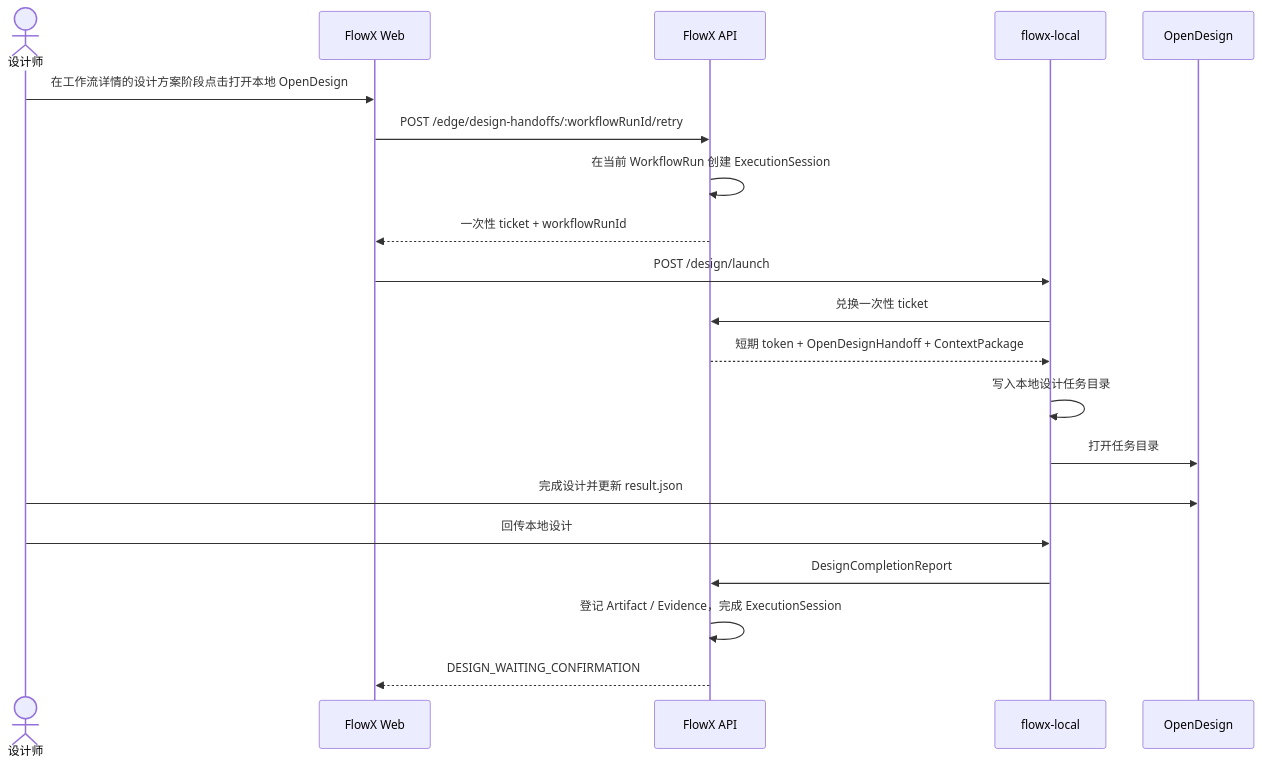
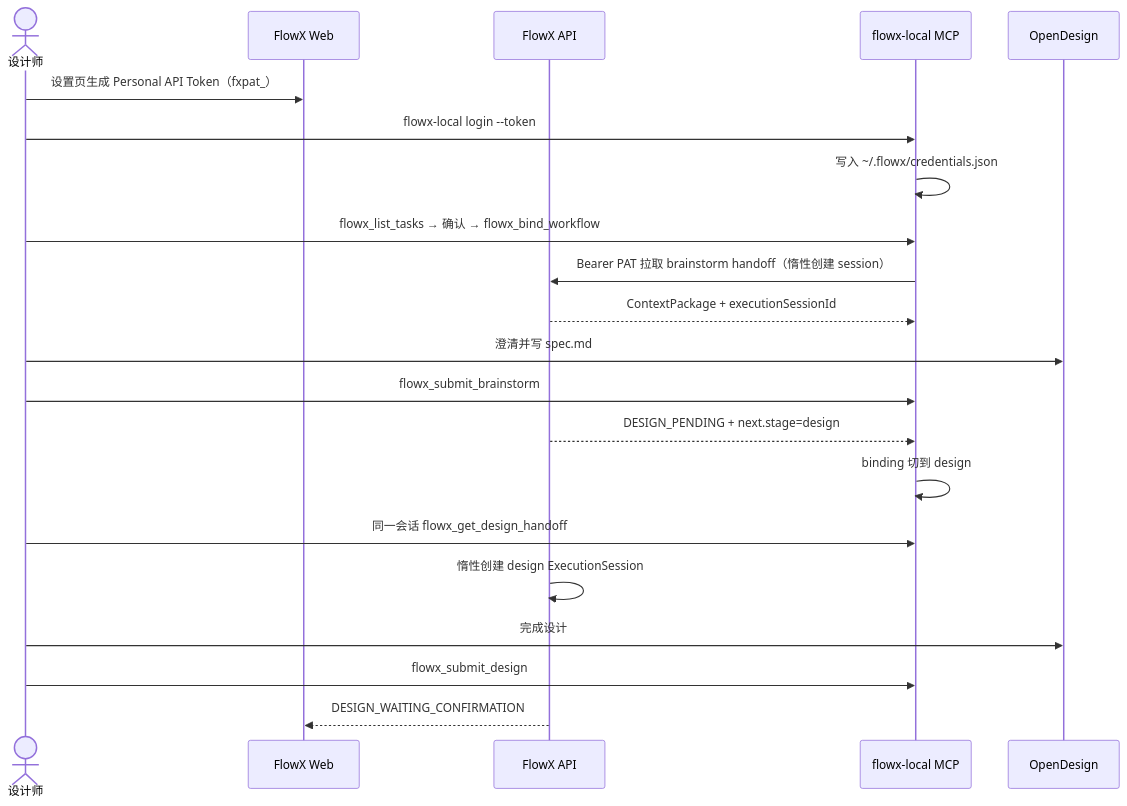
The diagram in docs/opendesign-design-stage.md (ChalkleyZhou/FlowX), drawn with Mermaid before and after one commit. The commit also changed other lines of this file and 5 other files, not shown here.

Commit message:
docs: document personal API token OpenDesign golden path

````diff
--- a/docs/opendesign-design-stage.md
+++ b/docs/opendesign-design-stage.md
@@ -15,23 +42,24 @@
 ```mermaid
 sequenceDiagram
     actor Designer as 设计师
     participant Web as FlowX Web
     participant API as FlowX API
-    participant Local as flowx-local
+    participant Local as flowx-local MCP
     participant OD as OpenDesign
 
-    Designer->>Web: 在工作流详情的设计方案阶段点击打开本地 OpenDesign
-    Web->>API: POST /edge/design-handoffs/:workflowRunId/retry
-    API->>API: 在当前 WorkflowRun 创建 ExecutionSession
-    API-->>Web: 一次性 ticket + workflowRunId
-    Web->>Local: POST /design/launch
-    Local->>API: 兑换一次性 ticket
-    API-->>Local: 短期 token + OpenDesignHandoff + ContextPackage
-    Local->>Local: 写入本地设计任务目录
-    Local->>OD: 打开任务目录
-    Designer->>OD: 完成设计并更新 result.json
-    Designer->>Local: 回传本地设计
-    Local->>API: DesignCompletionReport
-    API->>API: 登记 Artifact / Evidence，完成 ExecutionSession
+    Designer->>Web: 设置页生成 Personal API Token（fxpat_）
+    Designer->>Local: flowx-local login --token
+    Local->>Local: 写入 ~/.flowx/credentials.json
+    Designer->>Local: flowx_list_tasks → 确认 → flowx_bind_workflow
+    Local->>API: Bearer PAT 拉取 brainstorm handoff（惰性创建 session）
+    API-->>Local: ContextPackage + executionSessionId
+    Designer->>OD: 澄清并写 spec.md
+    Designer->>Local: flowx_submit_brainstorm
+    API-->>Local: DESIGN_PENDING + next.stage=design
+    Local->>Local: binding 切到 design
+    Designer->>Local: 同一会话 flowx_get_design_handoff
+    API->>API: 惰性创建 design ExecutionSession
+    Designer->>OD: 完成设计
+    Designer->>Local: flowx_submit_design
     API-->>Web: DESIGN_WAITING_CONFIRMATION
 ```
````
